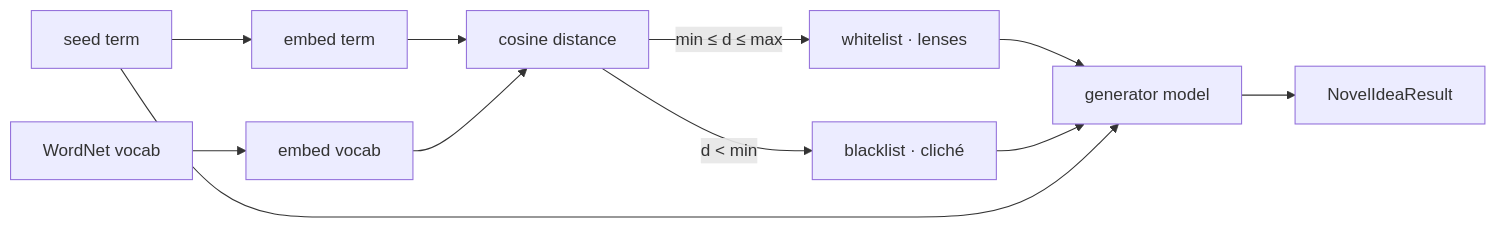
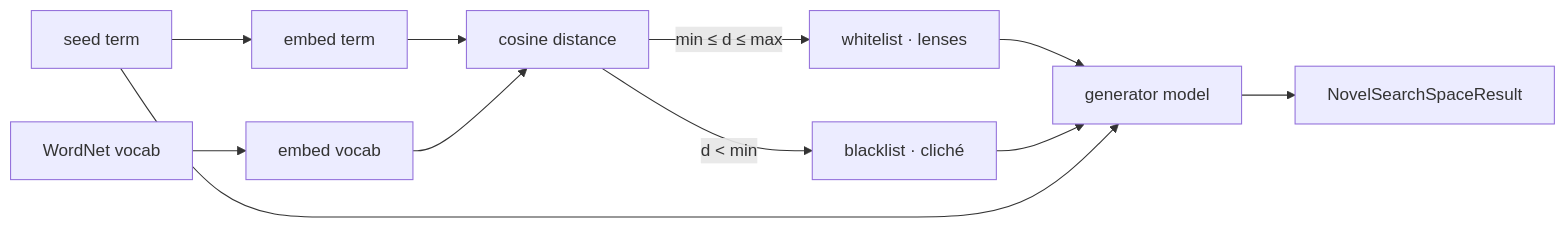
One commit to datastudy-nl/llm-novel-idea-generator changed the diagram in README.md. Above: the diagram before and after it, drawn with Mermaid. The commit also changed other lines of this file and 13 other files, not shown here.

Commit message:
rename: Novel Idea Generator → Novel Search Space

````diff
--- a/README.md
+++ b/README.md
@@ -40,13 +40,13 @@
 ```mermaid
 flowchart LR
     A[seed term] --> B[embed term]
     V[WordNet vocab] --> C[embed vocab]
     B --> D[cosine distance]
     C --> D
     D -->|d &lt; min| BL[blacklist · cliché]
     D -->|min ≤ d ≤ max| WL[whitelist · lenses]
     WL --> G[generator model]
     BL --> G
     A --> G
-    G --> R[NovelIdeaResult]
+    G --> R[NovelSearchSpaceResult]
 ```
````
